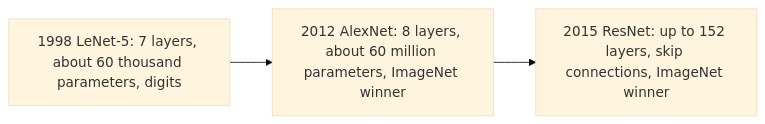
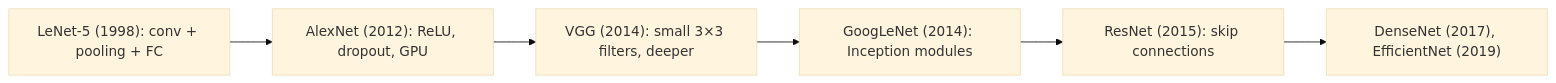
The first of 6 diagrams in content/deep-learning/notes/cnn-architectures.mdx (TrendySloth1001/sem-seven-notes), drawn with Mermaid (base theme) before and after one commit. The commit also changed other lines of this file and 186 other files, not shown here.

````diff
--- a/content/deep-learning/notes/cnn-architectures.mdx
+++ b/content/deep-learning/notes/cnn-architectures.mdx
@@ -52,6 +35,9 @@
 ```mermaid
-%% caption: The three architectures on a timeline. Each step made networks deeper and fixed a problem that blocked the previous design.
+%% caption: The story of CNN architectures as the class draws it, from early to modern. Each step added one idea.
 flowchart LR
-  A["1998 LeNet-5: 7 layers, about 60 thousand parameters, digits"] --> B["2012 AlexNet: 8 layers, about 60 million parameters, ImageNet winner"]
-  B --> C["2015 ResNet: up to 152 layers, skip connections, ImageNet winner"]
+  A["LeNet-5 (1998): conv + pooling + FC"] --> B["AlexNet (2012): ReLU, dropout, GPU"]
+  B --> C["VGG (2014): small 3×3 filters, deeper"]
+  C --> D["GoogLeNet (2014): Inception modules"]
+  D --> E["ResNet (2015): skip connections"]
+  E --> F["DenseNet (2017), EfficientNet (2019)"]
 ```
````
